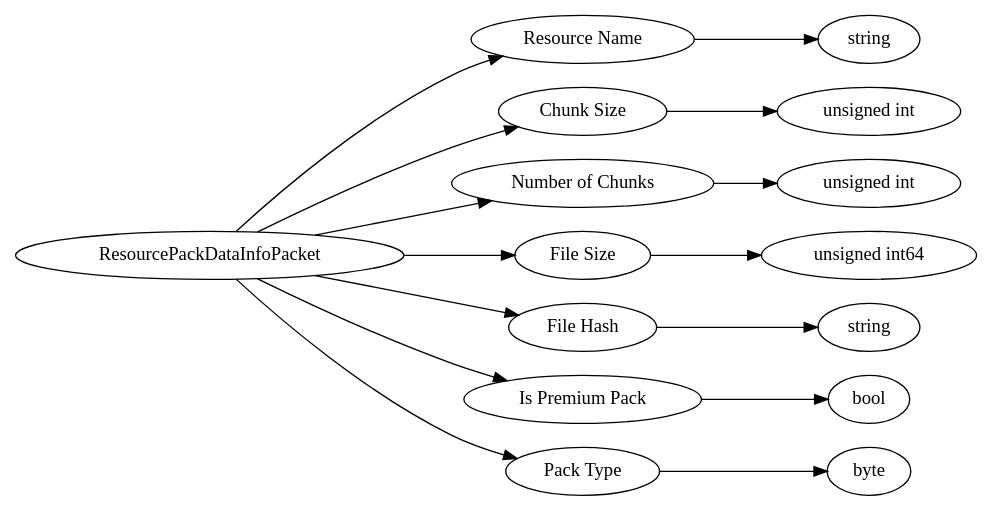
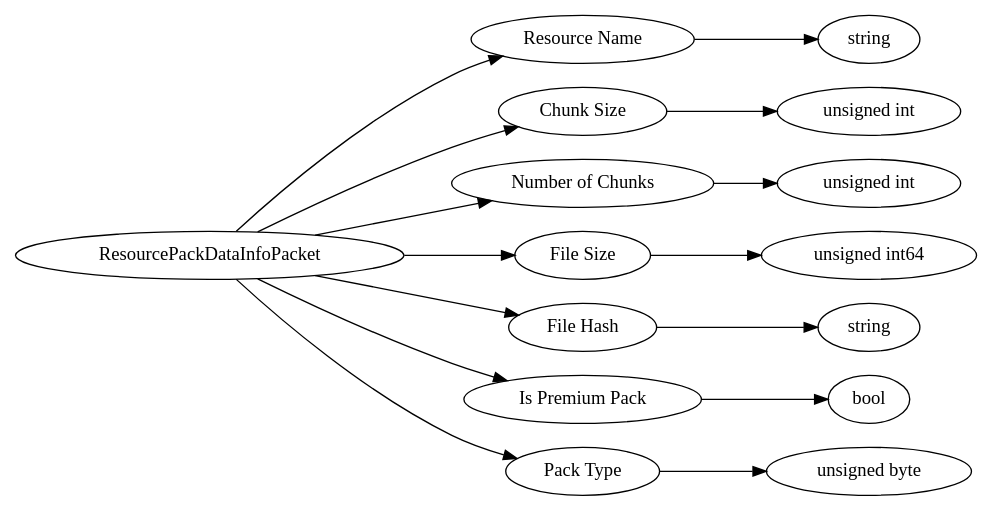
One commit to Mojang/bedrock-protocol-docs changed the diagram in dot/ResourcePackDataInfoPacket.dot. Above: the diagram before and after it, drawn with Graphviz. The commit also changed 785 other files, not shown here.

```diff
--- a/dot/ResourcePackDataInfoPacket.dot
+++ b/dot/ResourcePackDataInfoPacket.dot
@@ -1,36 +1,36 @@
 digraph "ResourcePackDataInfoPacket" {
 rankdir = LR
 0
 0 -> 1
 1 -> 2
 0 -> 3
 3 -> 4
 0 -> 5
 5 -> 6
 0 -> 7
 7 -> 8
 0 -> 9
 9 -> 10
 0 -> 11
 11 -> 12
 0 -> 13
 13 -> 14
 
-0 [label="ResourcePackDataInfoPacket",comment="name: \"ResourcePackDataInfoPacket\", typeName: \"\", id: 0, branchId: 82, recurseId: -1, attributes: 0, notes: \"\""];
+0 [label="ResourcePackDataInfoPacket",comment="name: \"ResourcePackDataInfoPacket\", typeName: \"\", id: 0, branchId: 0, recurseId: -1, attributes: 0, notes: \"Resource Pack Data Info\""];
 1 [label="Resource Name",comment="name: \"Resource Name\", typeName: \"\", id: 1, branchId: 0, recurseId: -1, attributes: 0, notes: \"\""];
 2 [label="string",comment="name: \"string\", typeName: \"\", id: 2, branchId: 0, recurseId: -1, attributes: 512, notes: \"\""];
 3 [label="Chunk Size",comment="name: \"Chunk Size\", typeName: \"\", id: 3, branchId: 0, recurseId: -1, attributes: 0, notes: \"\""];
 4 [label="unsigned int",comment="name: \"unsigned int\", typeName: \"\", id: 4, branchId: 0, recurseId: -1, attributes: 512, notes: \"\""];
 5 [label="Number of Chunks",comment="name: \"Number of Chunks\", typeName: \"\", id: 5, branchId: 0, recurseId: -1, attributes: 0, notes: \"\""];
 6 [label="unsigned int",comment="name: \"unsigned int\", typeName: \"\", id: 6, branchId: 0, recurseId: -1, attributes: 512, notes: \"\""];
 7 [label="File Size",comment="name: \"File Size\", typeName: \"\", id: 7, branchId: 0, recurseId: -1, attributes: 0, notes: \"\""];
 8 [label="unsigned int64",comment="name: \"unsigned int64\", typeName: \"\", id: 8, branchId: 0, recurseId: -1, attributes: 512, notes: \"\""];
 9 [label="File Hash",comment="name: \"File Hash\", typeName: \"\", id: 9, branchId: 0, recurseId: -1, attributes: 0, notes: \"\""];
 10 [label="string",comment="name: \"string\", typeName: \"\", id: 10, branchId: 0, recurseId: -1, attributes: 512, notes: \"\""];
 11 [label="Is Premium Pack",comment="name: \"Is Premium Pack\", typeName: \"\", id: 11, branchId: 0, recurseId: -1, attributes: 0, notes: \"Do you need an entitlement to use this pack?\""];
-12 [label="bool",comment="name: \"bool\", typeName: \"\", id: 12, branchId: 0, recurseId: -1, attributes: 512, notes: \"\""];
+12 [label="bool",comment="name: \"bool\", typeName: \"\", id: 12, branchId: 0, recurseId: -1, attributes: 512, notes: \"Do you need an entitlement to use this pack?\""];
 13 [label="Pack Type",comment="name: \"Pack Type\", typeName: \"\", id: 13, branchId: 0, recurseId: -1, attributes: 0, notes: \"\""];
-14 [label="byte",comment="name: \"byte\", typeName: \"\", id: 14, branchId: 0, recurseId: -1, attributes: 512, notes: \"\""];
+14 [label="unsigned byte",comment="name: \"unsigned byte\", typeName: \"\", id: 14, branchId: 0, recurseId: -1, attributes: 512, notes: \"\""];
 { rank = max;2;4;6;8;10;12;14}
 
 }
```
